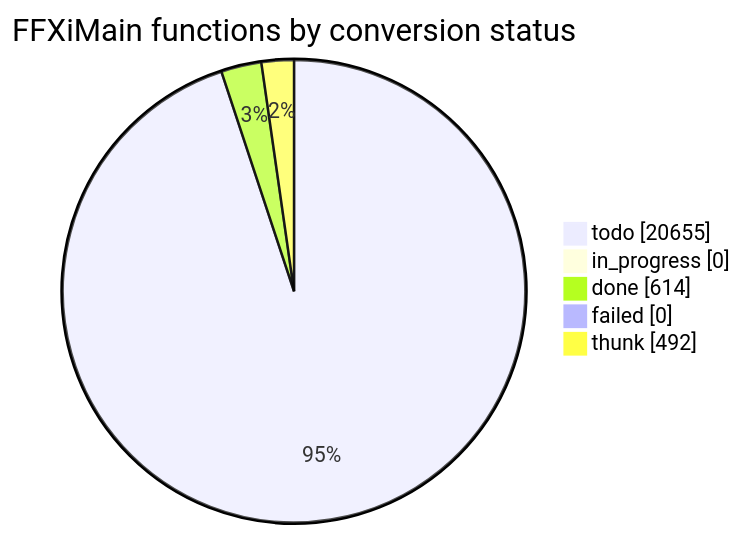
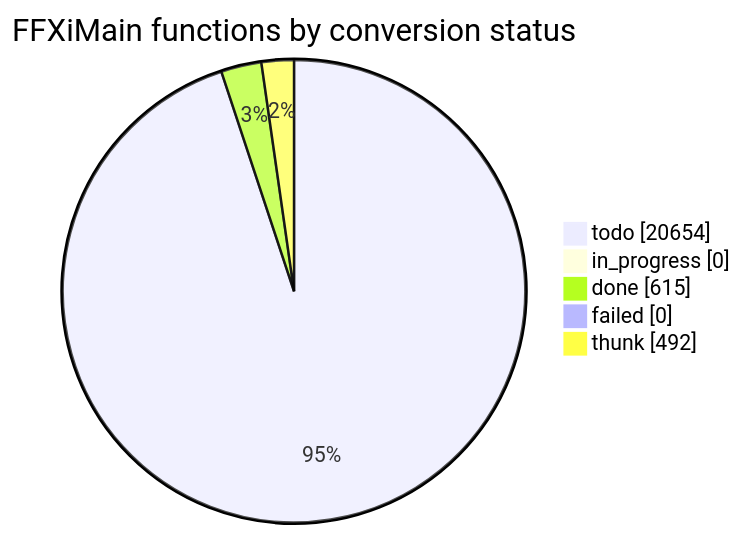
One commit to cowrevenge/cow_kuluu_xi_anything changed the diagram in docs/cow/STATUS.md. Above: the diagram before and after it, drawn with Mermaid. The commit also changed other lines of this file and 9 other files, not shown here.

````diff
--- a/docs/cow/STATUS.md
+++ b/docs/cow/STATUS.md
@@ -18,9 +18,9 @@
 ```mermaid
 pie showData
     title FFXiMain functions by conversion status
-    "todo" : 20655
+    "todo" : 20654
     "in_progress" : 0
-    "done" : 614
+    "done" : 615
     "failed" : 0
     "thunk" : 492
 ```
````
